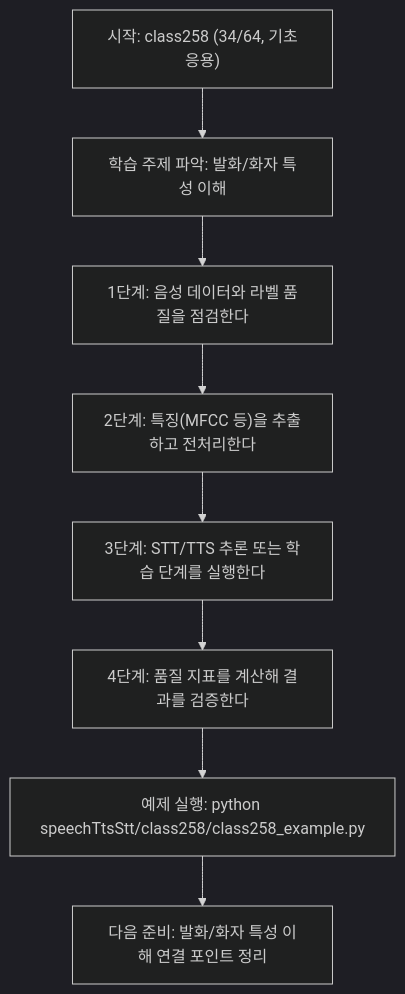
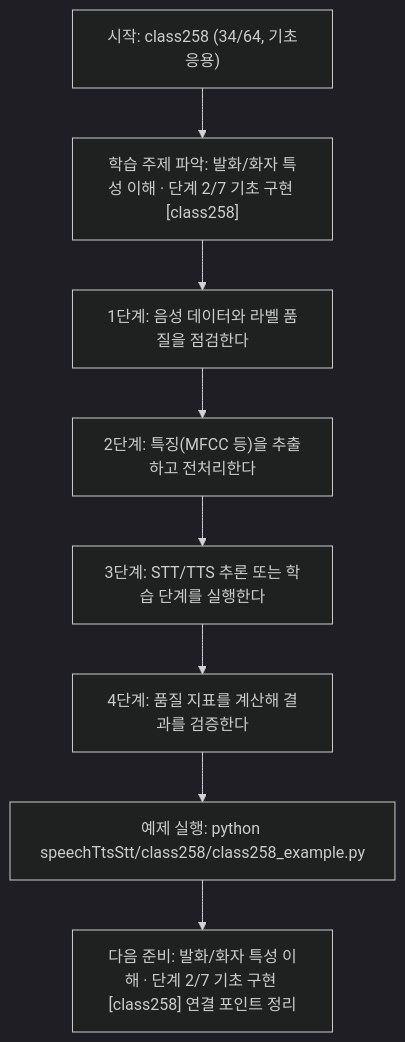
The diagram in speechTtsStt/class258/class258.md (edumgt/Python-AI_Agent-Class), drawn with Mermaid (dark theme) before and after one commit. The commit also changed other lines of this file and 522 other files, not shown here.

````diff
--- a/speechTtsStt/class258/class258.md
+++ b/speechTtsStt/class258/class258.md
@@ -114,18 +115,18 @@
 ```mermaid
 flowchart TD
 N1["시작: class258 (34/64, 기초응용)"]
-N2["학습 주제 파악: 발화/화자 특성 이해"]
+N2["학습 주제 파악: 발화/화자 특성 이해 · 단계 2/7 기초 구현 [class258]"]
 N3["1단계: 음성 데이터와 라벨 품질을 점검한다"]
 N4["2단계: 특징(MFCC 등)을 추출하고 전처리한다"]
 N5["3단계: STT/TTS 추론 또는 학습 단계를 실행한다"]
 N6["4단계: 품질 지표를 계산해 결과를 검증한다"]
 N7["예제 실행: python speechTtsStt/class258/class258_example.py"]
-N8["다음 준비: 발화/화자 특성 이해 연결 포인트 정리"]
+N8["다음 준비: 발화/화자 특성 이해 · 단계 2/7 기초 구현 [class258] 연결 포인트 정리"]
 N1 --> N2
 N2 --> N3
 N3 --> N4
 N4 --> N5
 N5 --> N6
 N6 --> N7
 N7 --> N8
 ```
````
